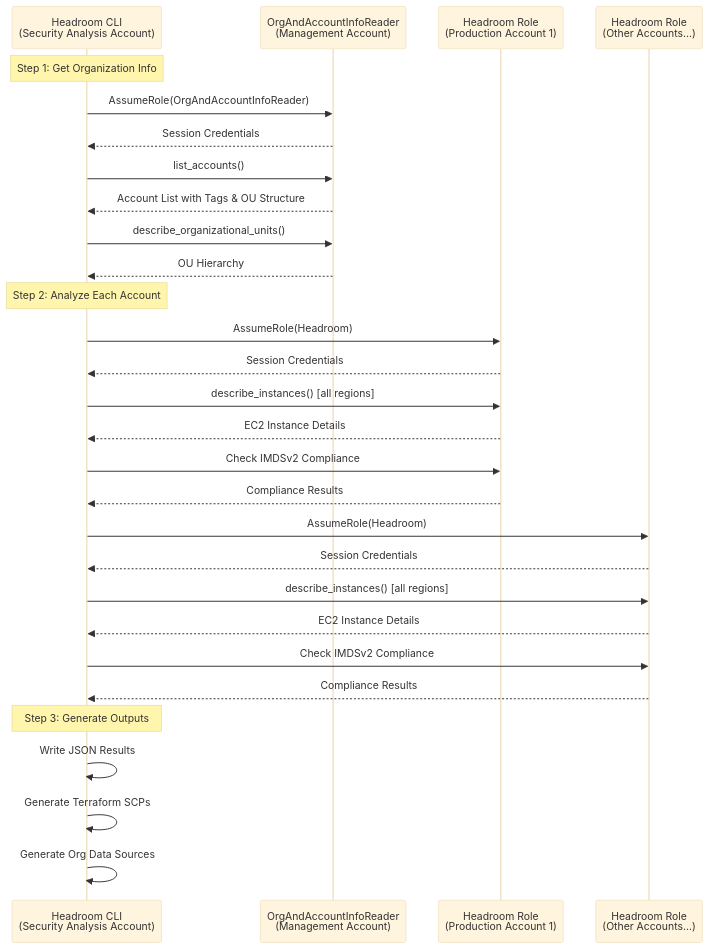
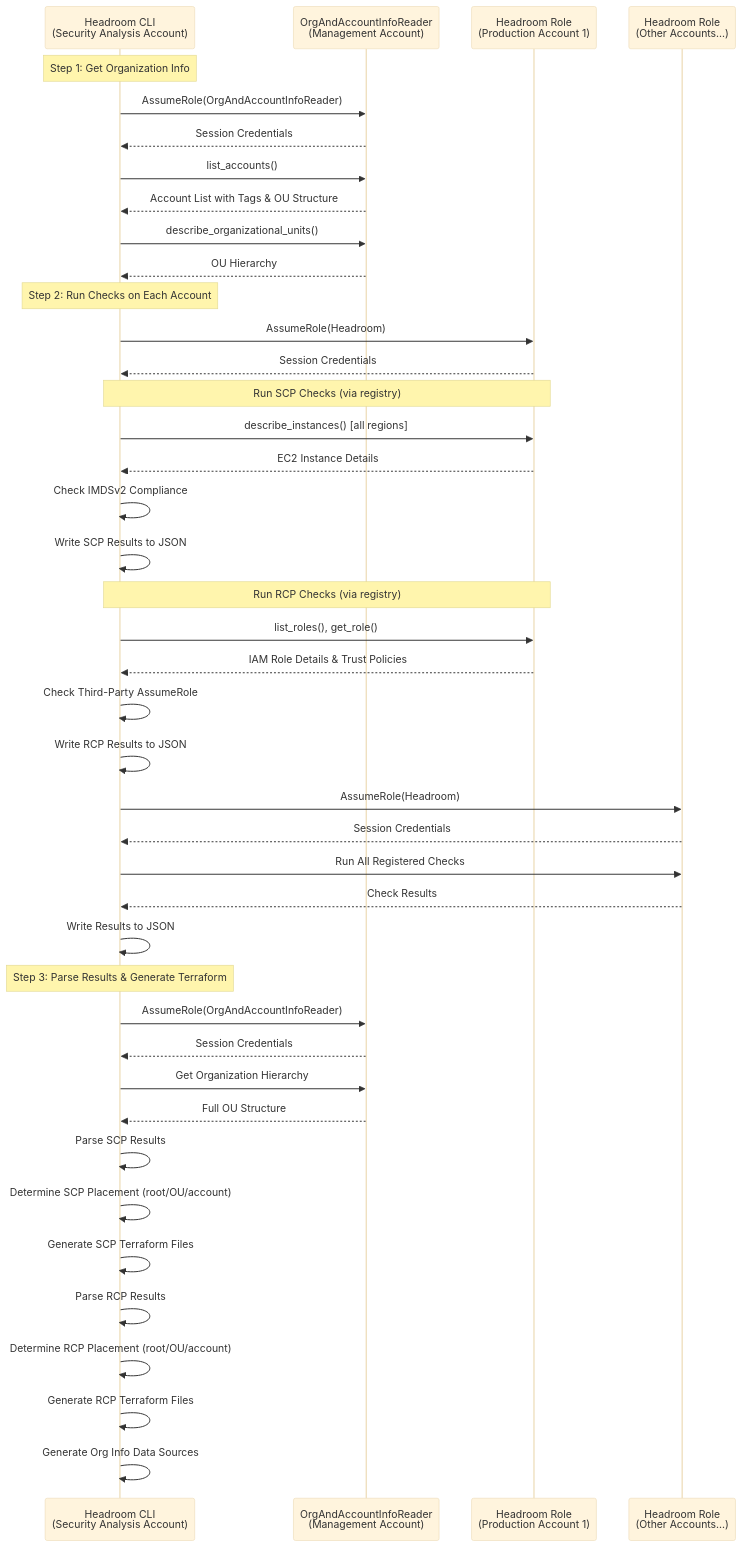
One commit to discocrayon/Headroom changed the diagram in documentation/execution_flow.md. Above: the diagram before and after it, drawn with Mermaid (base theme). The commit also changed 5 other files, not shown here.

````diff
--- a/documentation/execution_flow.md
+++ b/documentation/execution_flow.md
@@ -5,35 +5,53 @@
 ```mermaid
 sequenceDiagram
     participant Tool as Headroom CLI<br/>(Security Analysis Account)
     participant Mgmt as OrgAndAccountInfoReader<br/>(Management Account)
     participant Prod1 as Headroom Role<br/>(Production Account 1)
     participant ProdN as Headroom Role<br/>(Other Accounts...)
 
     Note over Tool: Step 1: Get Organization Info
     Tool->>Mgmt: AssumeRole(OrgAndAccountInfoReader)
     Mgmt-->>Tool: Session Credentials
     Tool->>Mgmt: list_accounts()
     Mgmt-->>Tool: Account List with Tags & OU Structure
     Tool->>Mgmt: describe_organizational_units()
     Mgmt-->>Tool: OU Hierarchy
 
-    Note over Tool: Step 2: Analyze Each Account
+    Note over Tool: Step 2: Run Checks on Each Account
     Tool->>Prod1: AssumeRole(Headroom)
     Prod1-->>Tool: Session Credentials
+
+    Note over Tool,Prod1: Run SCP Checks (via registry)
     Tool->>Prod1: describe_instances() [all regions]
     Prod1-->>Tool: EC2 Instance Details
-    Tool->>Prod1: Check IMDSv2 Compliance
-    Prod1-->>Tool: Compliance Results
+    Tool->>Tool: Check IMDSv2 Compliance
+    Tool->>Tool: Write SCP Results to JSON
+
+    Note over Tool,Prod1: Run RCP Checks (via registry)
+    Tool->>Prod1: list_roles(), get_role()
+    Prod1-->>Tool: IAM Role Details & Trust Policies
+    Tool->>Tool: Check Third-Party AssumeRole
+    Tool->>Tool: Write RCP Results to JSON
 
     Tool->>ProdN: AssumeRole(Headroom)
     ProdN-->>Tool: Session Credentials
-    Tool->>ProdN: describe_instances() [all regions]
-    ProdN-->>Tool: EC2 Instance Details
-    Tool->>ProdN: Check IMDSv2 Compliance
-    ProdN-->>Tool: Compliance Results
+    Tool->>ProdN: Run All Registered Checks
+    ProdN-->>Tool: Check Results
+    Tool->>Tool: Write Results to JSON
 
-    Note over Tool: Step 3: Generate Outputs
-    Tool->>Tool: Write JSON Results
-    Tool->>Tool: Generate Terraform SCPs
-    Tool->>Tool: Generate Org Data Sources
+    Note over Tool: Step 3: Parse Results & Generate Terraform
+    Tool->>Mgmt: AssumeRole(OrgAndAccountInfoReader)
+    Mgmt-->>Tool: Session Credentials
+    Tool->>Mgmt: Get Organization Hierarchy
+    Mgmt-->>Tool: Full OU Structure
+
+    Tool->>Tool: Parse SCP Results
+    Tool->>Tool: Determine SCP Placement (root/OU/account)
+    Tool->>Tool: Generate SCP Terraform Files
+
+    Tool->>Tool: Parse RCP Results
+    Tool->>Tool: Determine RCP Placement (root/OU/account)
+    Tool->>Tool: Generate RCP Terraform Files
+
+    Tool->>Tool: Generate Org Info Data Sources
 ```
````
